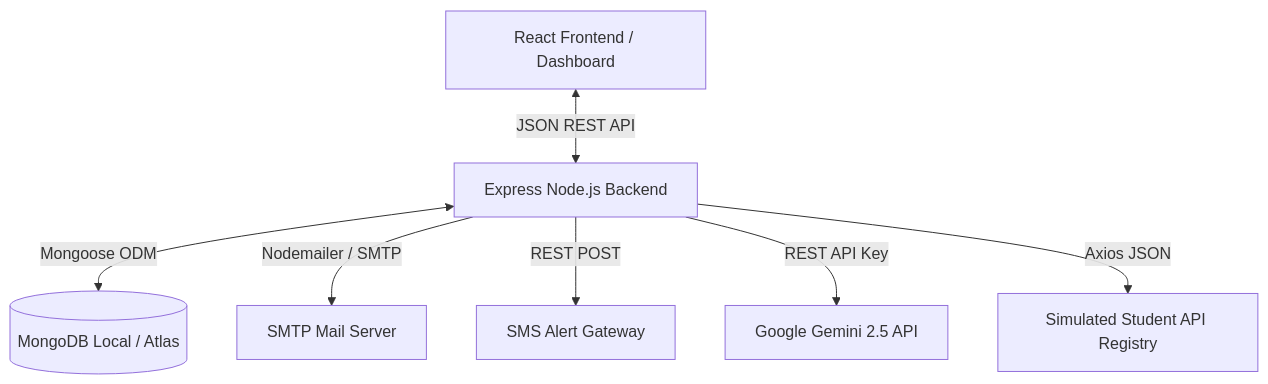
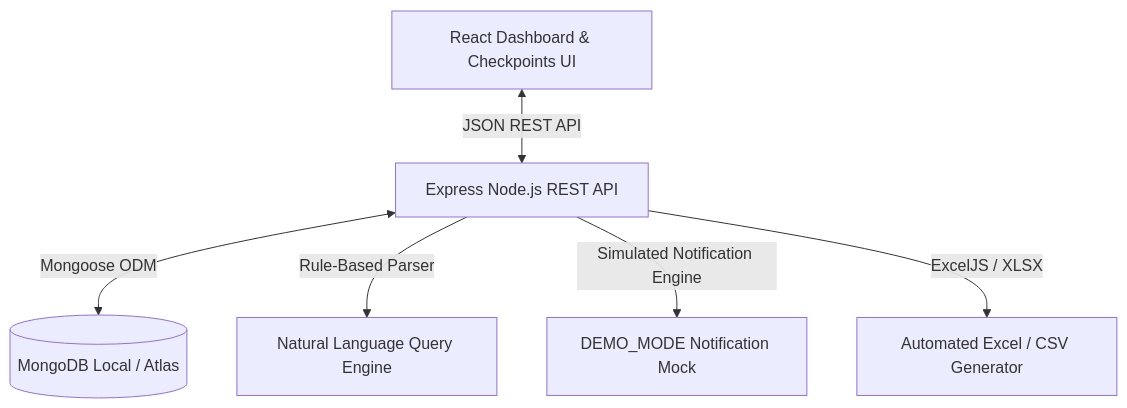
One commit to KvPradeepthi/LateComers changed the diagram in README.md. Above: the diagram before and after it, drawn with Mermaid. The commit also changed other lines of this file and 20 other files, not shown here.

Commit message:
Refactor recruiter demo: single demo login, live-system parity, deterministic seeding with rich today data, honest query assistant, and security sanitization

````diff
--- a/README.md
+++ b/README.md
@@ -11,9 +21,8 @@
 ```mermaid
 graph TD
-    Client[React Frontend / Dashboard] <-->|JSON REST API| Server[Express Node.js Backend]
+    Client[React Dashboard & Checkpoints UI] <-->|JSON REST API| Server[Express Node.js REST API]
     Server <-->|Mongoose ODM| DB[(MongoDB Local / Atlas)]
-    Server -->|Nodemailer / SMTP| MailServer[SMTP Mail Server]
-    Server -->|REST POST| SMSGateway[SMS Alert Gateway]
-    Server -->|REST API Key| GeminiAPI[Google Gemini 2.5 API]
-    Server -->|Axios JSON| StudentRegistry[Simulated Student API Registry]
+    Server -->|Rule-Based Parser| NLPEngine[Natural Language Query Engine]
+    Server -->|Simulated Notification Engine| DemoAlerts[DEMO_MODE Notification Mock]
+    Server -->|ExcelJS / XLSX| ReportEngine[Automated Excel / CSV Generator]
 ```
````
